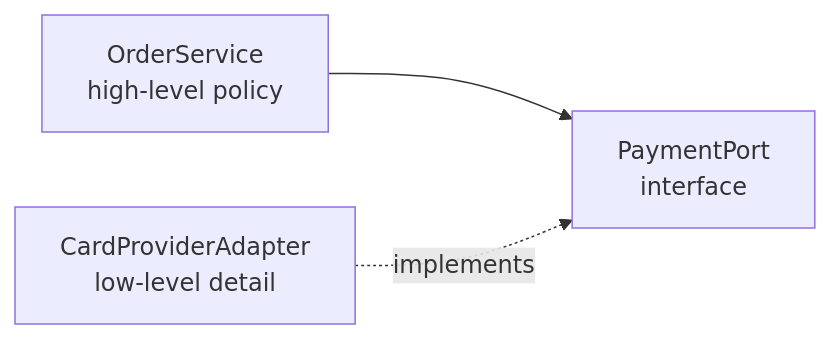
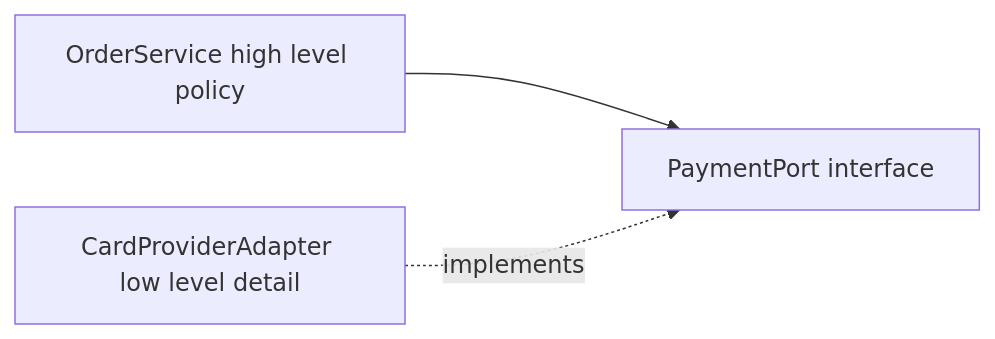
One commit to AthiraMohan14/Complete-Java-Resource-PlayBook changed the first of 2 diagrams in docs/learning/foundations/software-design-principles.md. Above: the diagram before and after it, drawn with Mermaid. The commit also changed other lines of this file and 174 other files, not shown here.

````diff
--- a/docs/learning/foundations/software-design-principles.md
+++ b/docs/learning/foundations/software-design-principles.md
@@ -139,5 +148,5 @@
 ```mermaid
 flowchart LR
-    OS[OrderService<br/>high-level policy] --> PP[PaymentPort<br/>interface]
-    ADP[CardProviderAdapter<br/>low-level detail] -.implements.-> PP
+    OS[OrderService high level policy] --> PP[PaymentPort interface]
+    ADP[CardProviderAdapter low level detail] -.implements.-> PP
 ```
````
